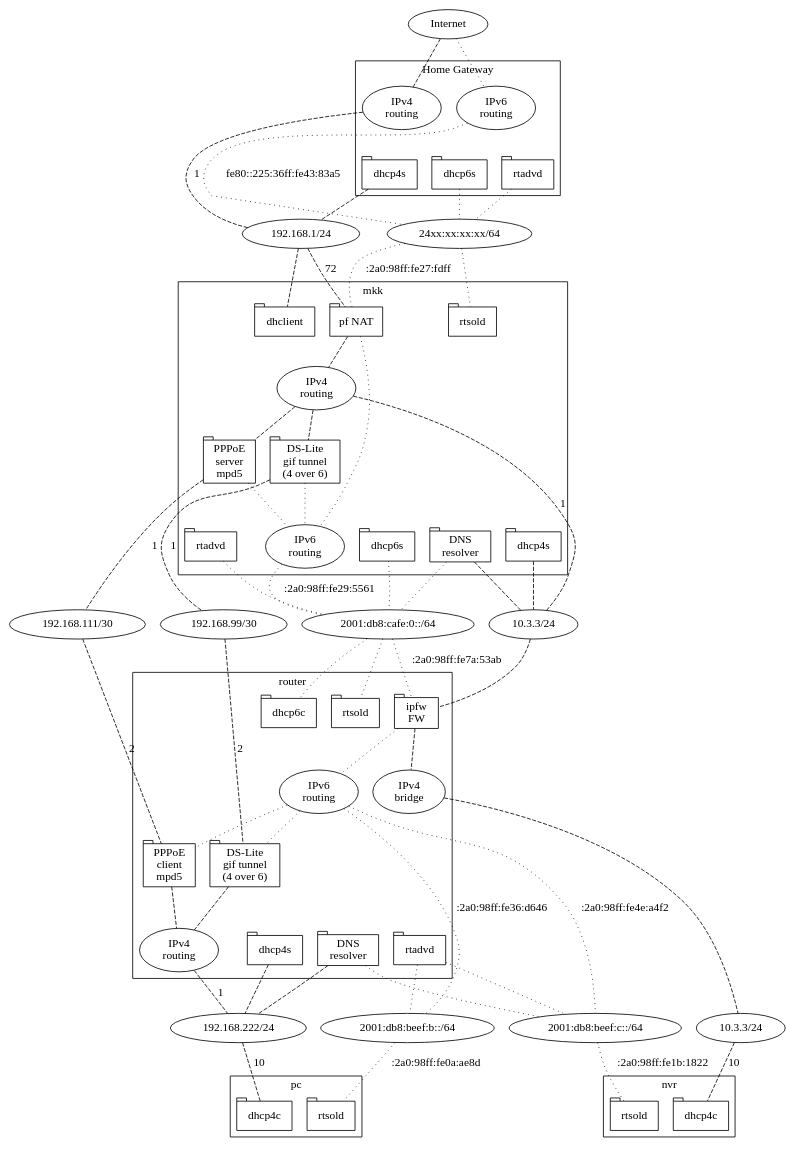
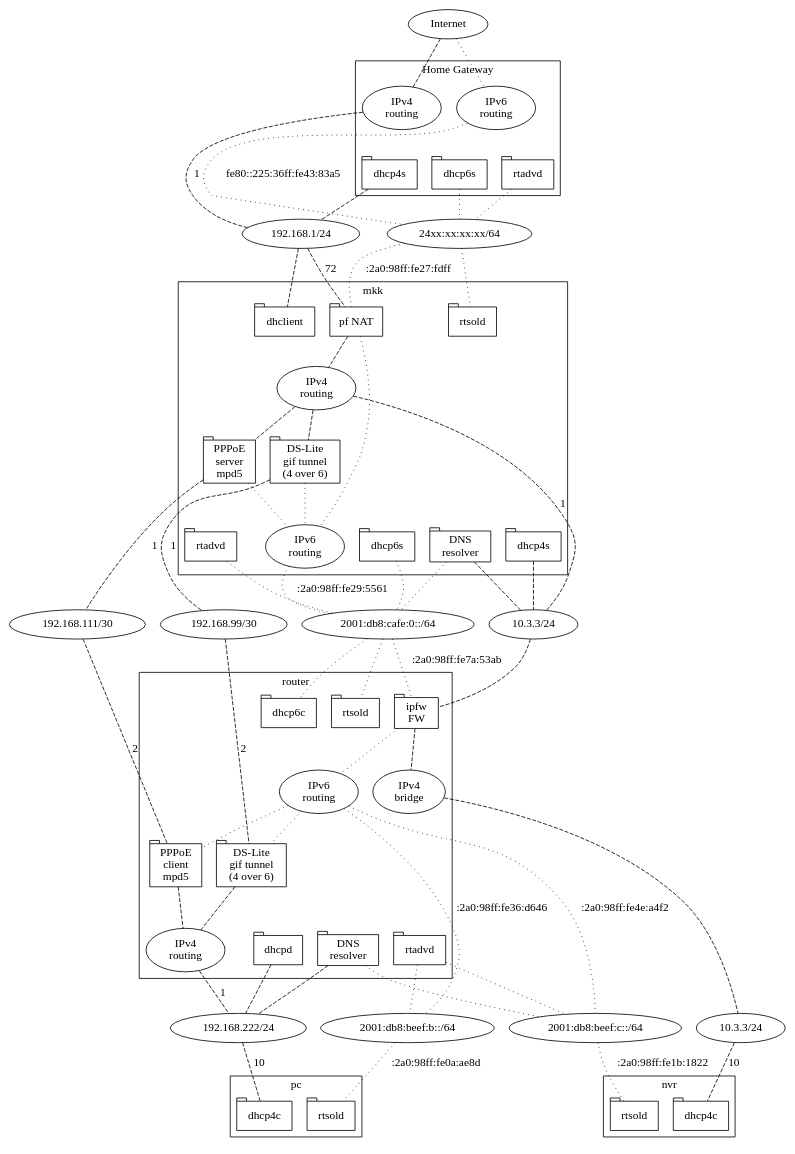
The diagram in FletsLikeNW/img/nw.dot (motok/NotsKotsMemo), drawn with Graphviz before and after one commit. The commit also changed 1 other file, not shown here.

Commit message:
dhcp server on router is not dhcp4s but dhcpd.

```diff
--- a/FletsLikeNW/img/nw.dot
+++ b/FletsLikeNW/img/nw.dot
@@ -1,149 +1,149 @@
 graph interfaces {
     node [shape="tab"]
 
     internet [shape="oval" label="Internet"]
     subgraph cluster_hgw {
         label="Home Gateway"
         {
             rank="same"
             hgw_routing4 [shape="oval" label="IPv4\nrouting"]
             hgw_routing6 [shape="oval" label="IPv6\nrouting"]
         }
         hgw_routing4 -- hgw_dhcp4s [style="invis"]
         {
             rank="same"
             hgw_dhcp4s [label="dhcp4s"]
             hgw_rtadvd [label="rtadvd"]
             hgw_dhcp6s [label="dhcp6s"]
         }
     }
     lan4 [shape="oval" label="192.168.1/24"]
     lan6 [shape="oval" label="24xx:xx:xx:xx/64"]
     subgraph cluster_mkk {
         label="mkk"
         {
             rank="same"
             mkk_pf [label="pf NAT"]
             dhclient [label="dhclient"]
             mkk_rtsold [label="rtsold"]
             #mkk_dhcp6c [label="dhcp6c"]
         }
         mkk_routing4 [shape="oval" label="IPv4\nrouting"]
         mkk_routing6 [shape="oval" label="IPv6\nrouting"]
         mkk_routing4 -- mkk_dhcp4s [style="invis"]
         mkk_pppoes [label="PPPoE\nserver\nmpd5"]
 	mkk_dslites [label="DS-Lite\ngif tunnel\n(4 over 6)"]
         {
             rank="same"
             mkk_routing6 -- mkk_rtadvd [style="invis"]
             mkk_dhcp4s [label="dhcp4s"]
             mkk_rtadvd [label="rtadvd"]
             mkk_dhcp6s [label="dhcp6s"]
             mkk_resolver [label="DNS\nresolver"]
         }
     }
     {
         rank="same"
         onu4 [shape="oval" label="10.3.3/24"]
         onu6 [shape="oval" label="2001:db8:cafe:0::/64"]
         pppoe4  [shape="oval" label="192.168.111/30"]
         dslite4 [shape="oval" label="192.168.99/30"]
     }
     subgraph cluster_router { label="router"
         {
             rank="same"
             rt_ipfw [label="ipfw\nFW"]
             rt_rtsold [label="rtsold"]
             rt_dhcp6c [label="dhcp6c"]
         }
         rt_routing6 [shape="oval" label="IPv6\nrouting"]
         rt_bridge4 [shape="oval" label="IPv4\nbridge"]
         rt_pppoec [label="PPPoE\nclient\nmpd5"]
         rt_dslitec [label="DS-Lite\ngif tunnel\n(4 over 6)"]
         rt_routing4 -- rt_dhcp4s [style="invis"]
         {
             rank="same"
             rt_routing4 [shape="oval" label="IPv4\nrouting"]
-            rt_dhcp4s [label="dhcp4s"]
+            rt_dhcp4s [label="dhcpd"]
             rt_rtadvd [label="rtadvd"]
             rt_resolver [label="DNS\nresolver"]
         }
     }
     {
         rank="same"
         pc4 [shape="oval" label="192.168.222/24"]
         pc6 [shape="oval" label="2001:db8:beef:b::/64"]
         nvr4 [shape="oval" label="10.3.3/24"]
         nvr6 [shape="oval" label="2001:db8:beef:c::/64"]
     }
     subgraph cluster_pc { label="pc"
         pc_dhcp4c [label="dhcp4c"]
         pc_rtsold [label="rtsold"]
     }
     subgraph cluster_nvr { label="nvr"
         nvr_dhcp4c [label="dhcp4c"]
         nvr_rtsold [label="rtsold"]
     }
 
     {
         edge [style="dashed"]
         internet -- hgw_routing4
         hgw_routing4 -- lan4 [label="1"]
         hgw_dhcp4s -- lan4
 
         lan4 -- mkk_pf [label="72"]
         lan4 -- dhclient
         mkk_pf -- mkk_routing4
         mkk_routing4 -- mkk_pppoes
         mkk_pppoes -- pppoe4 [label="1"]
         mkk_routing4 -- mkk_dslites
         mkk_dslites -- dslite4 [label="1"]
         mkk_routing4 -- onu4 [label="1"]
         mkk_dhcp4s -- onu4
         mkk_resolver -- onu4
 
         onu4 -- rt_ipfw 
         rt_ipfw -- rt_bridge4
         rt_routing4 -- pc4 [label="1"]
         rt_bridge4 -- nvr4
         pppoe4 -- rt_pppoec [label="2"]
         rt_pppoec -- rt_routing4
         dslite4 -- rt_dslitec [label="2"]
         rt_dslitec -- rt_routing4
         rt_dhcp4s -- pc4
         rt_resolver -- pc4
         pc4 -- pc_dhcp4c [label="10"]
         nvr4 -- nvr_dhcp4c [label="10"]
     }
 
     { # IPv6
         edge [style="dotted"]
         internet -- hgw_routing6
         hgw_routing6 -- lan6 [label="fe80::225:36ff:fe43:83a5"]
         hgw_rtadvd -- lan6
         hgw_dhcp6s -- lan6
         lan6 -- mkk_rtsold
         #lan6 -- mkk_dhcp6c
         lan6 -- mkk_pf [label=":2a0:98ff:fe27:fdff"]
         mkk_pf -- mkk_routing6
         mkk_pppoes -- mkk_routing6
         mkk_dslites -- mkk_routing6
         mkk_routing6 -- onu6 [label=":2a0:98ff:fe29:5561"]
         mkk_rtadvd -- onu6
         mkk_dhcp6s -- onu6
         mkk_resolver -- onu6
         onu6 -- rt_ipfw [label=":2a0:98ff:fe7a:53ab"]
         onu6 -- rt_rtsold
         onu6 -- rt_dhcp6c
         rt_routing6 -- rt_pppoec
         rt_routing6 -- rt_dslitec
         rt_ipfw -- rt_routing6
         rt_routing6 -- pc6 [label=":2a0:98ff:fe36:d646"]
         rt_routing6 -- nvr6 [label=":2a0:98ff:fe4e:a4f2"]
         rt_rtadvd -- pc6
         rt_rtadvd -- nvr6
         rt_resolver -- nvr6
         pc6 -- pc_rtsold [label=":2a0:98ff:fe0a:ae8d"]
         nvr6 -- nvr_rtsold [label=":2a0:98ff:fe1b:1822"]
     }
 }
```
